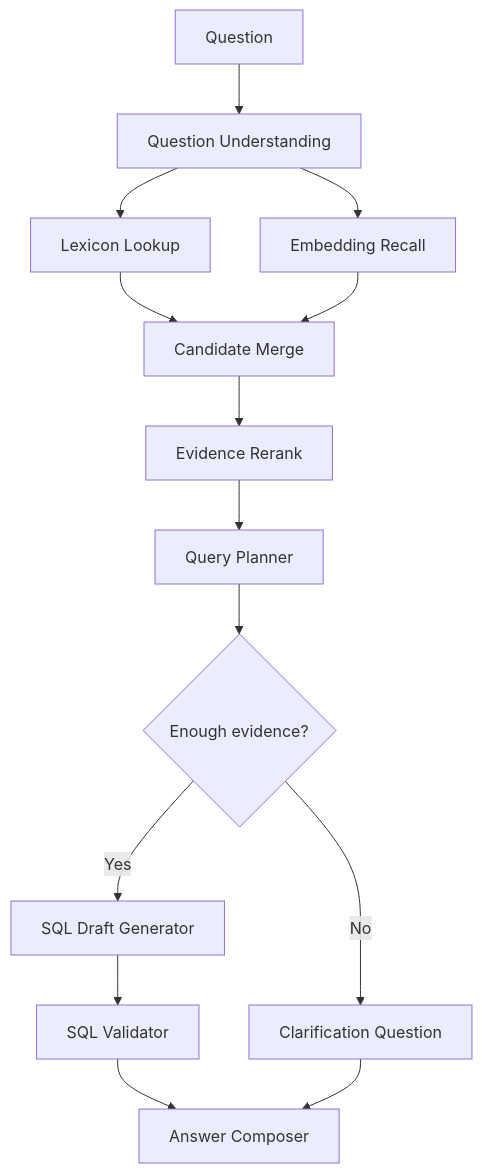
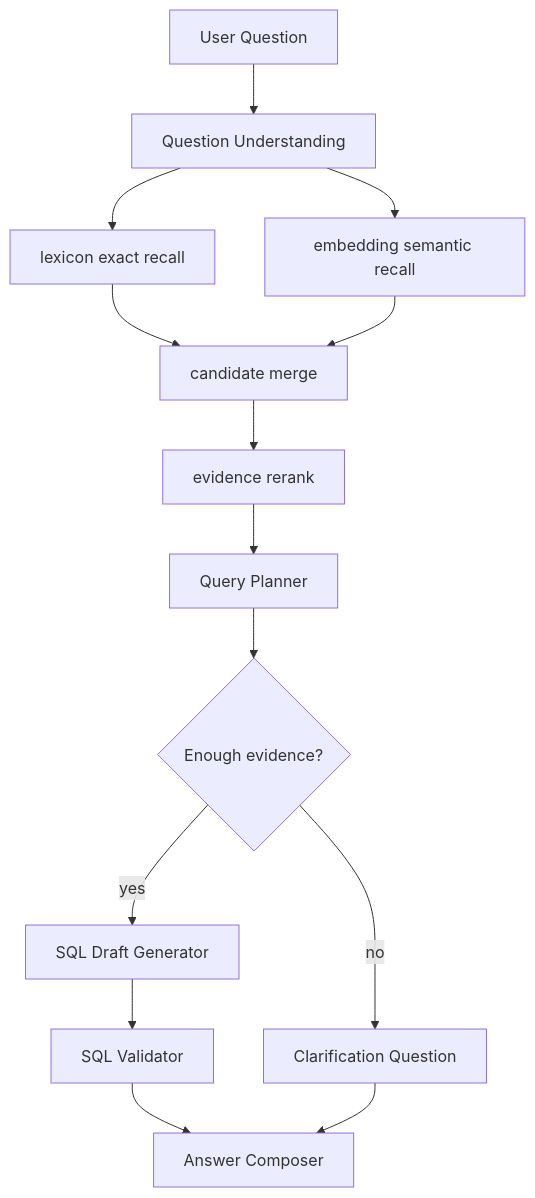
The eighth of 8 diagrams in docs/design/semantic-layer-overall-design.md (xiaoguang/relation-detector), drawn with Mermaid before and after one commit. The commit also changed other lines of this file and 14 other files, not shown here.

````diff
--- a/docs/design/semantic-layer-overall-design.md
+++ b/docs/design/semantic-layer-overall-design.md
@@ -1125,16 +1257,16 @@
 ```mermaid
 flowchart TD
-  A["Question"] --> B["Question Understanding"]
-  B --> C["Lexicon Lookup"]
-  B --> D["Embedding Recall"]
-  C --> E["Candidate Merge"]
+  A["User Question"] --> B["Question Understanding"]
+  B --> C["lexicon exact recall"]
+  B --> D["embedding semantic recall"]
+  C --> E["candidate merge"]
   D --> E
-  E --> F["Evidence Rerank"]
+  E --> F["evidence rerank"]
   F --> G["Query Planner"]
   G --> H{"Enough evidence?"}
-  H -- "Yes" --> I["SQL Draft Generator"]
+  H -- "yes" --> I["SQL Draft Generator"]
   I --> J["SQL Validator"]
   J --> K["Answer Composer"]
-  H -- "No" --> L["Clarification Question"]
+  H -- "no" --> L["Clarification Question"]
   L --> K
 ```
````
